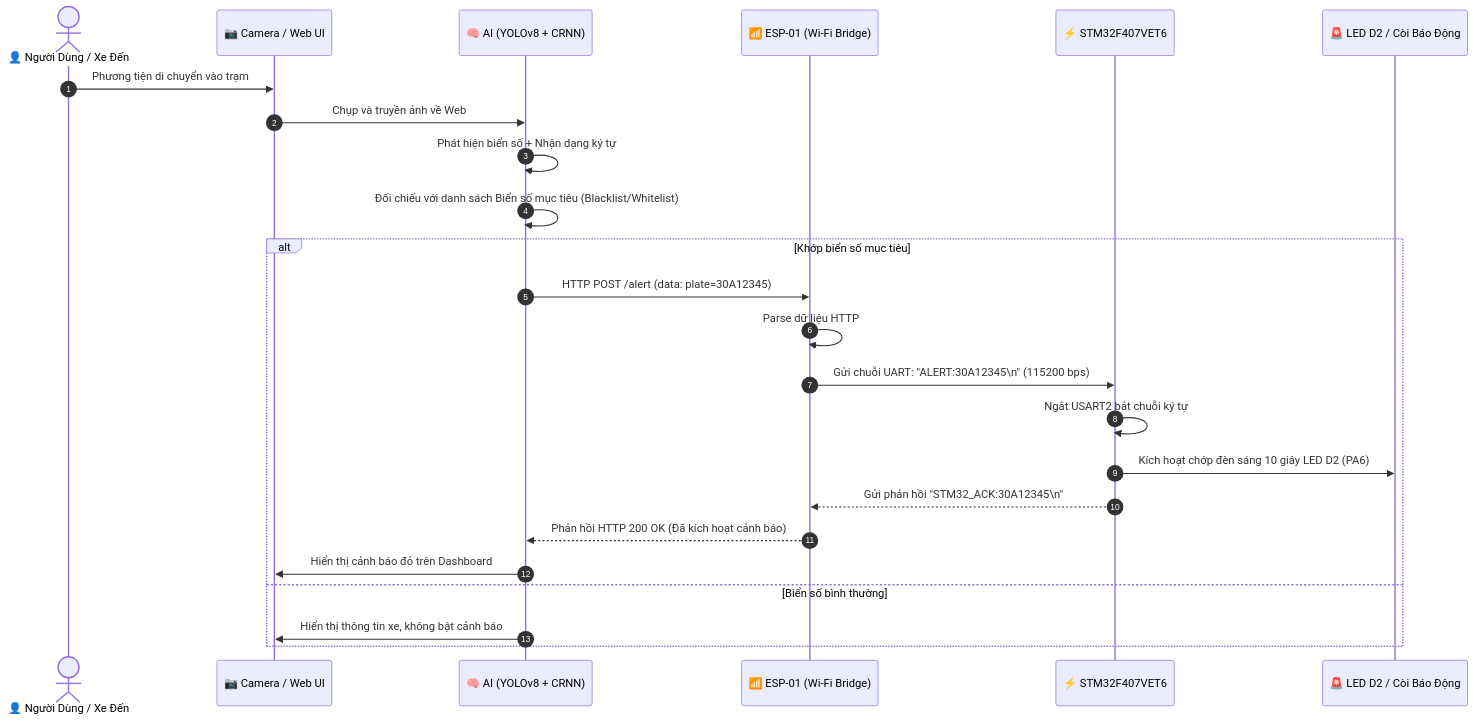
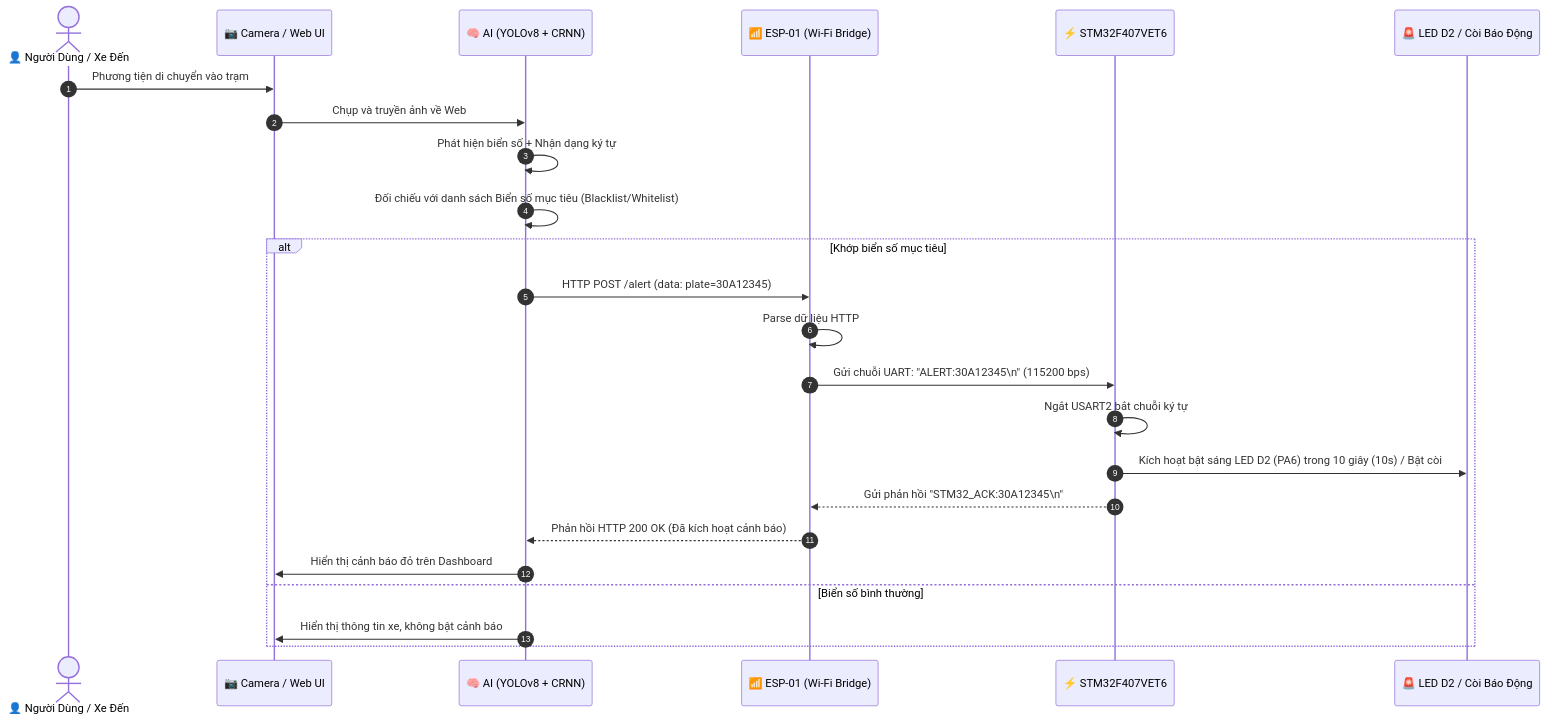
The fourth of 4 diagrams in README.md (thang0989052585-del/DA_KY_523100182_He_Thong_Nhan_dien_bien_so_xe), drawn with Mermaid before and after one commit. The commit also changed other lines of this file and 6 other files, not shown here.

Commit message:
fix(iot): cap nhat co che STM32 sang LED D2 lien tuc 10s khi nhan dien xe thay vi nhap nhay

````diff
--- a/README.md
+++ b/README.md
@@ -222,27 +227,27 @@
 ```mermaid
 sequenceDiagram
     autonumber
     actor User as 👤 Người Dùng / Xe Đến
     participant Cam as 📷 Camera / Web UI
     participant AI as 🧠 AI (YOLOv8 + CRNN)
     participant ESP as 📶 ESP-01 (Wi-Fi Bridge)
     participant STM as ⚡ STM32F407VET6
     participant Actuator as 🚨 LED D2 / Còi Báo Động
 
     User->>Cam: Phương tiện di chuyển vào trạm
     Cam->>AI: Chụp và truyền ảnh về Web
     AI->>AI: Phát hiện biển số + Nhận dạng ký tự
     AI->>AI: Đối chiếu với danh sách Biển số mục tiêu (Blacklist/Whitelist)
     alt Khớp biển số mục tiêu
         AI->>ESP: HTTP POST /alert (data: plate=30A12345)
         ESP->>ESP: Parse dữ liệu HTTP
         ESP->>STM: Gửi chuỗi UART: "ALERT:30A12345\n" (115200 bps)
         STM->>STM: Ngắt USART2 bắt chuỗi ký tự
-        STM->>Actuator: Kích hoạt chớp đèn sáng 10 giây LED D2 (PA6)  
+        STM->>Actuator: Kích hoạt bật sáng LED D2 (PA6) trong 10 giây (10s) / Bật còi
         STM-->>ESP: Gửi phản hồi "STM32_ACK:30A12345\n"
         ESP-->>AI: Phản hồi HTTP 200 OK (Đã kích hoạt cảnh báo)
         AI->>Cam: Hiển thị cảnh báo đỏ trên Dashboard
     else Biển số bình thường
         AI->>Cam: Hiển thị thông tin xe, không bật cảnh báo
     end
 ```
````
